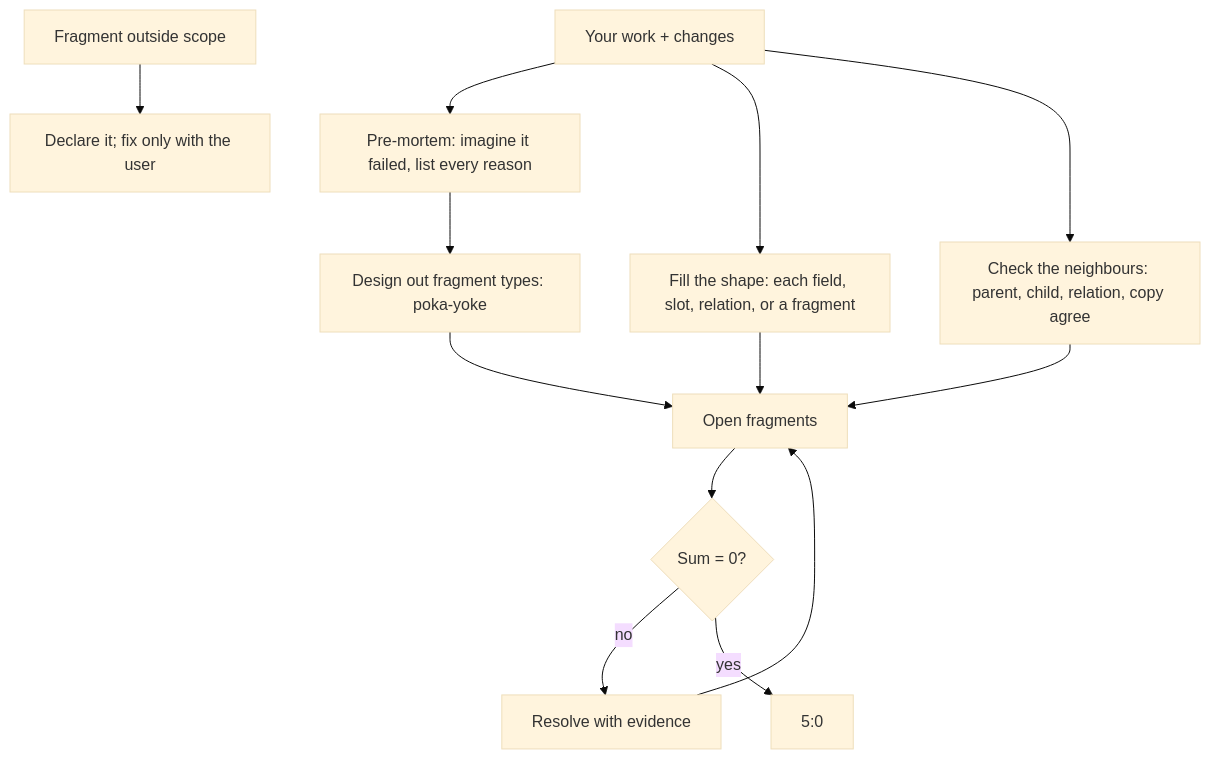
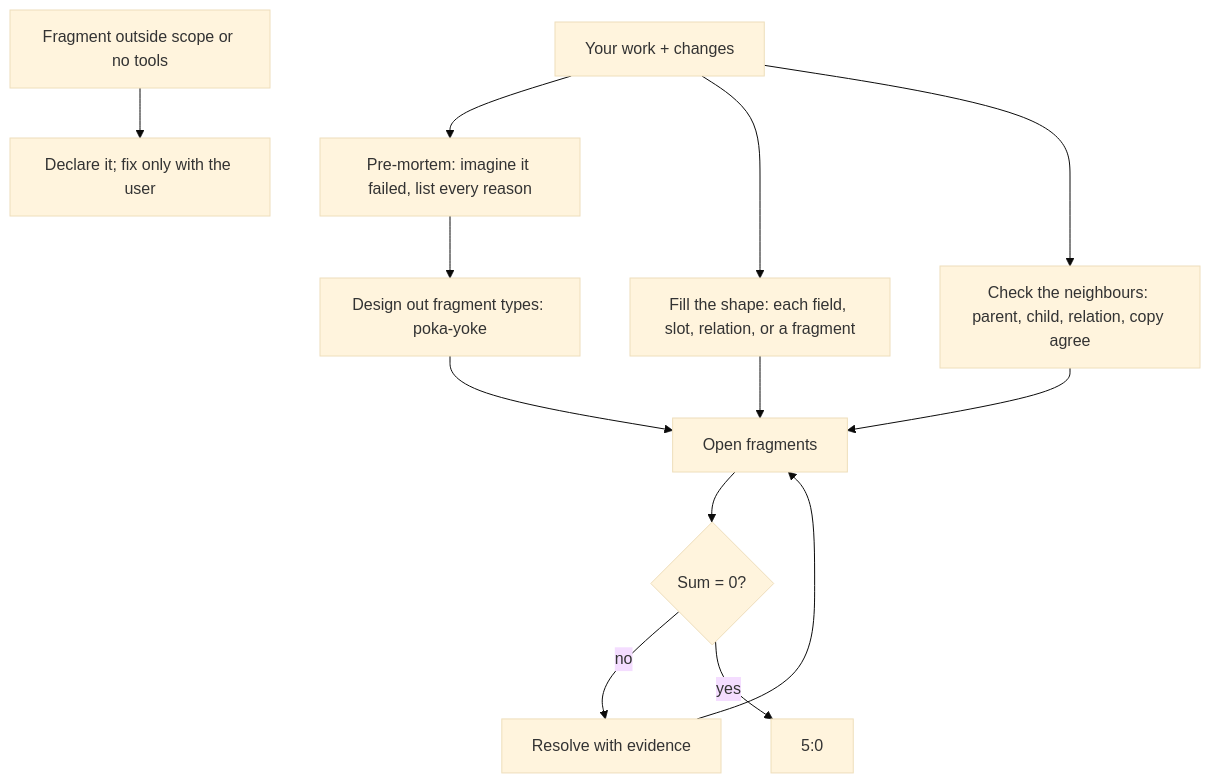
One commit to SolenixAI/arbiter changed the second of 14 diagrams in AGENTS.md. Above: the diagram before and after it, drawn with Mermaid (base theme). The commit also changed other lines of this file, not shown here.

````diff
--- a/AGENTS.md
+++ b/AGENTS.md
@@ -72,9 +77,9 @@
 ```mermaid
 flowchart TD
   W[Your work + changes] --> PM[Pre-mortem: imagine it failed, list every reason] --> P[Design out fragment types: poka-yoke] --> L[Open fragments] --> C{Sum = 0?}
   C -->|no| F[Resolve with evidence] --> L
   W --> SH[Fill the shape: each field, slot, relation, or a fragment] --> L
   W --> NB[Check the neighbours: parent, child, relation, copy agree] --> L
   C -->|yes| D[5:0]
-  O[Fragment outside scope] --> X["Declare it; fix only with the user"]
+  O[Fragment outside scope or no tools] --> X["Declare it; fix only with the user"]
 ```
````
